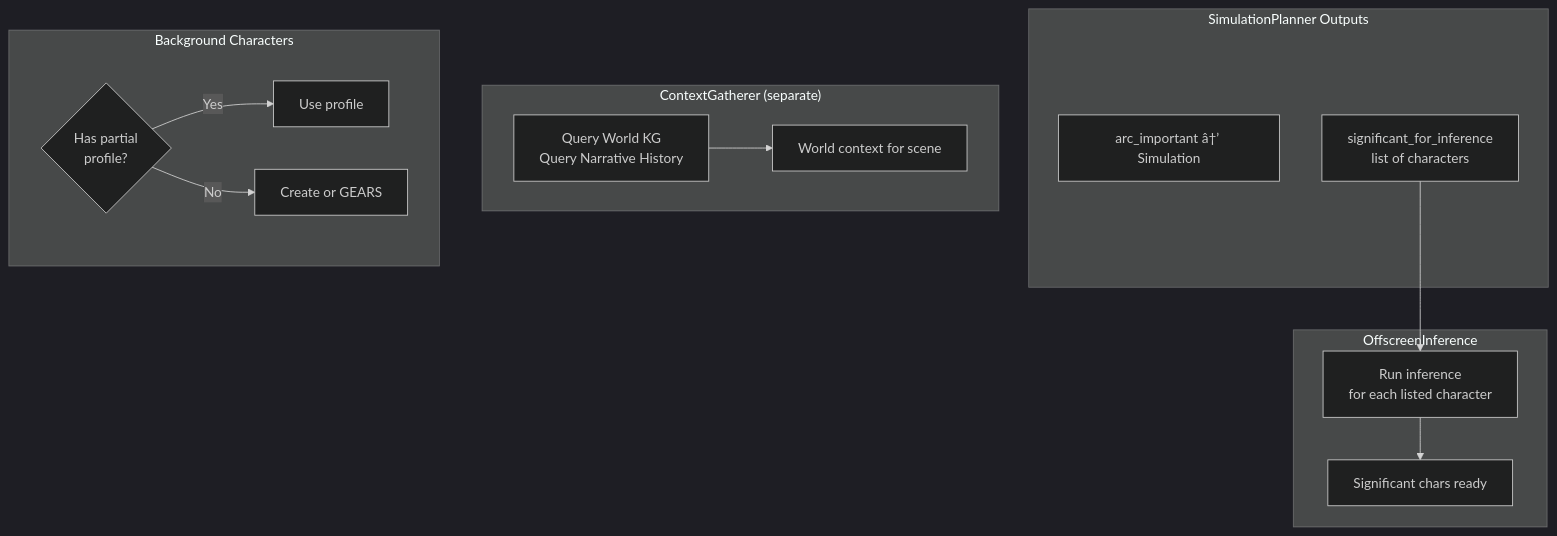
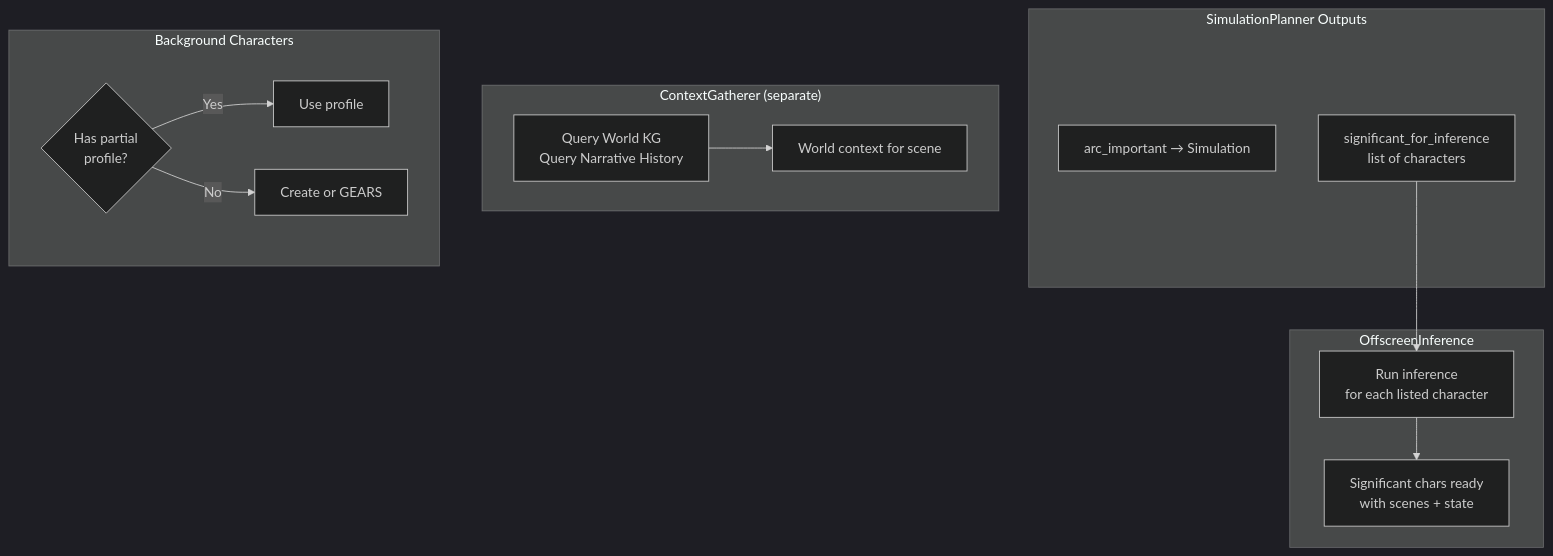
One commit to Czopenchauer/FableCraft changed the fourth of 5 diagrams in doc/adr/SimulationSystemDesign.md. Above: the diagram before and after it, drawn with Mermaid (dark theme). The commit also changed other lines of this file and 35 other files, not shown here.

````diff
--- a/doc/adr/SimulationSystemDesign.md
+++ b/doc/adr/SimulationSystemDesign.md
@@ -489,23 +503,23 @@
 ```mermaid
 flowchart TD
     subgraph SimPlannerOutput["SimulationPlanner Outputs"]
-        ArcSim[arc_important â†’ Simulation]
+        ArcSim[arc_important → Simulation]
         SigList[significant_for_inference<br/>list of characters]
     end
     
     subgraph Inference["OffscreenInference"]
         SigList --> OI[Run inference<br/>for each listed character]
-        OI --> SigReady[Significant chars ready]
+        OI --> SigReady[Significant chars ready<br/>with scenes + state]
     end
     
     subgraph KGQueries["ContextGatherer (separate)"]
         CG[Query World KG<br/>Query Narrative History]
         CG --> WorldCtx[World context for scene]
     end
     
     subgraph Background["Background Characters"]
         Back{Has partial<br/>profile?}
         Back -->|Yes| Ready[Use profile]
         Back -->|No| Create[Create or GEARS]
     end
 ```
````
